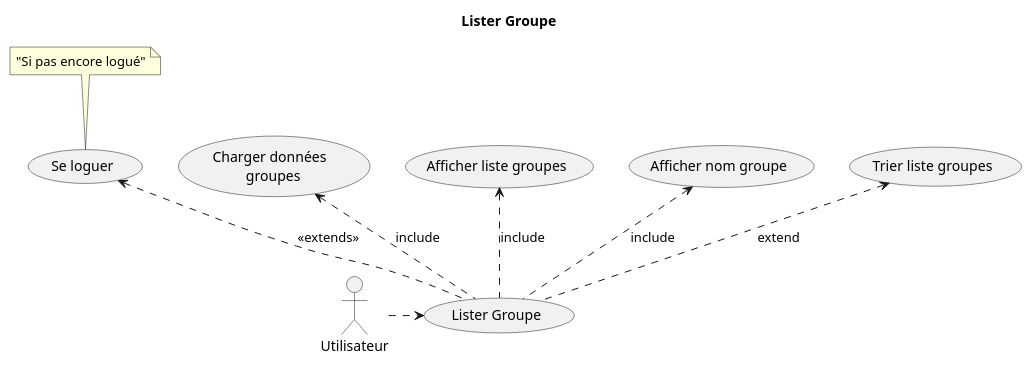
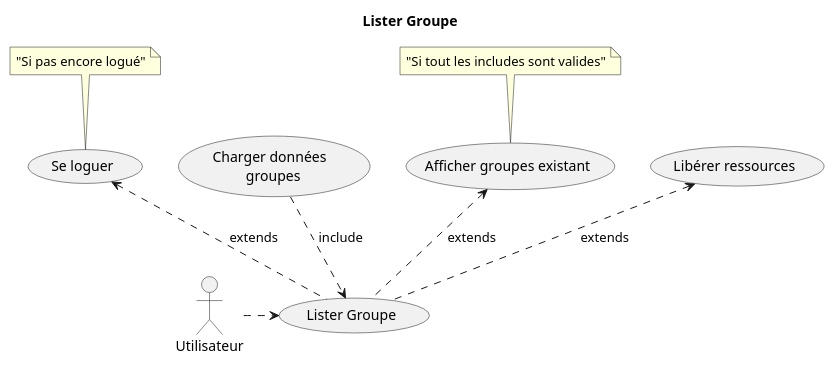
One commit to clementfvrl/projet_linux changed the diagram in docs/use_cases/ListerGroupe.puml. Above: the diagram before and after it, drawn with PlantUML. The commit also changed 7 other files, not shown here.

```diff
--- a/docs/use_cases/ListerGroupe.puml
+++ b/docs/use_cases/ListerGroupe.puml
@@ -1,16 +1,16 @@
 @startuml
 title Lister Groupe
 actor Utilisateur as User 
 
-(Se loguer) <.. (Lister Groupe) : << extends >> 
+(Se loguer) <.. (Lister Groupe) : extends 
 
 note top of  (Se loguer) : "Si pas encore logué"
 
 (User) .> (Lister Groupe) 
 
-(Charger données \n groupes) <.. (Lister Groupe)  : include
-(Afficher liste groupes) <.. (Lister Groupe) : include
-(Afficher nom groupe) <.. (Lister Groupe) : include
-(Trier liste groupes) <.. (Lister Groupe) : extend
+(Charger données \n groupes) ..> (Lister Groupe)  : include
+(Afficher groupes existant) <.. (Lister Groupe) : extends
+note top of  (Afficher groupes existant) : "Si tout les includes sont valides"
+(Libérer ressources) <.. (Lister Groupe) : extends
 
 @enduml
```
